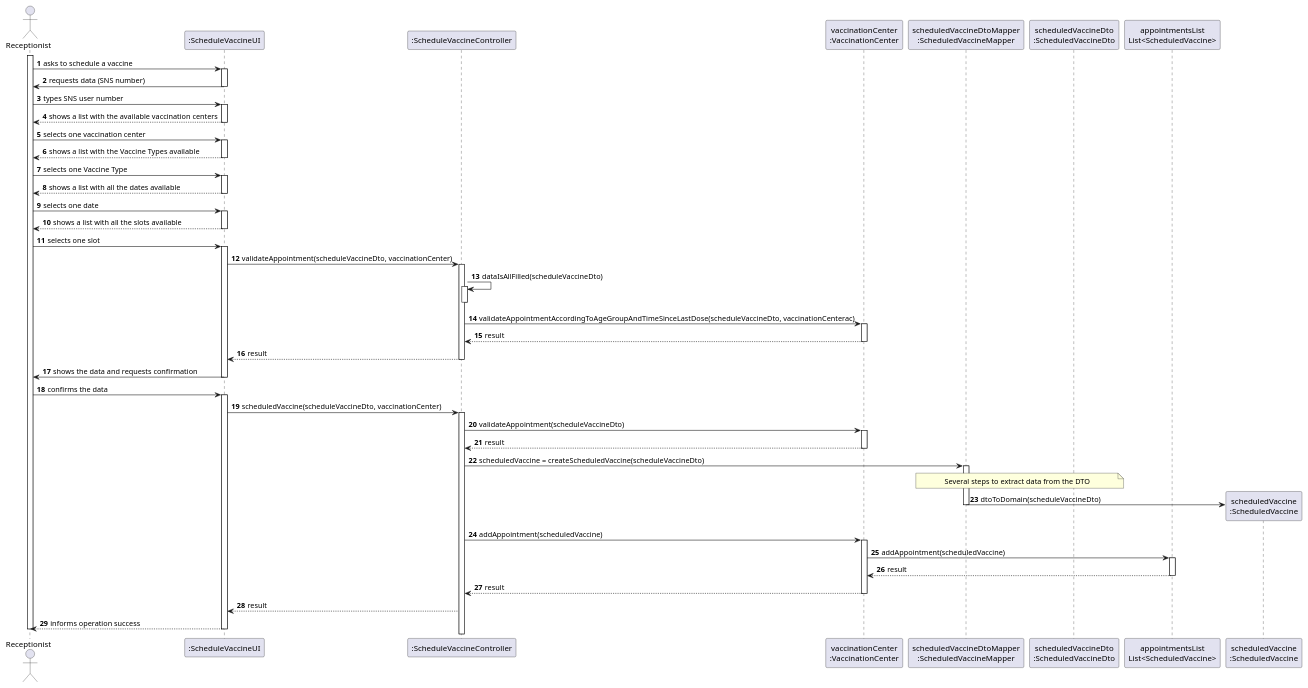
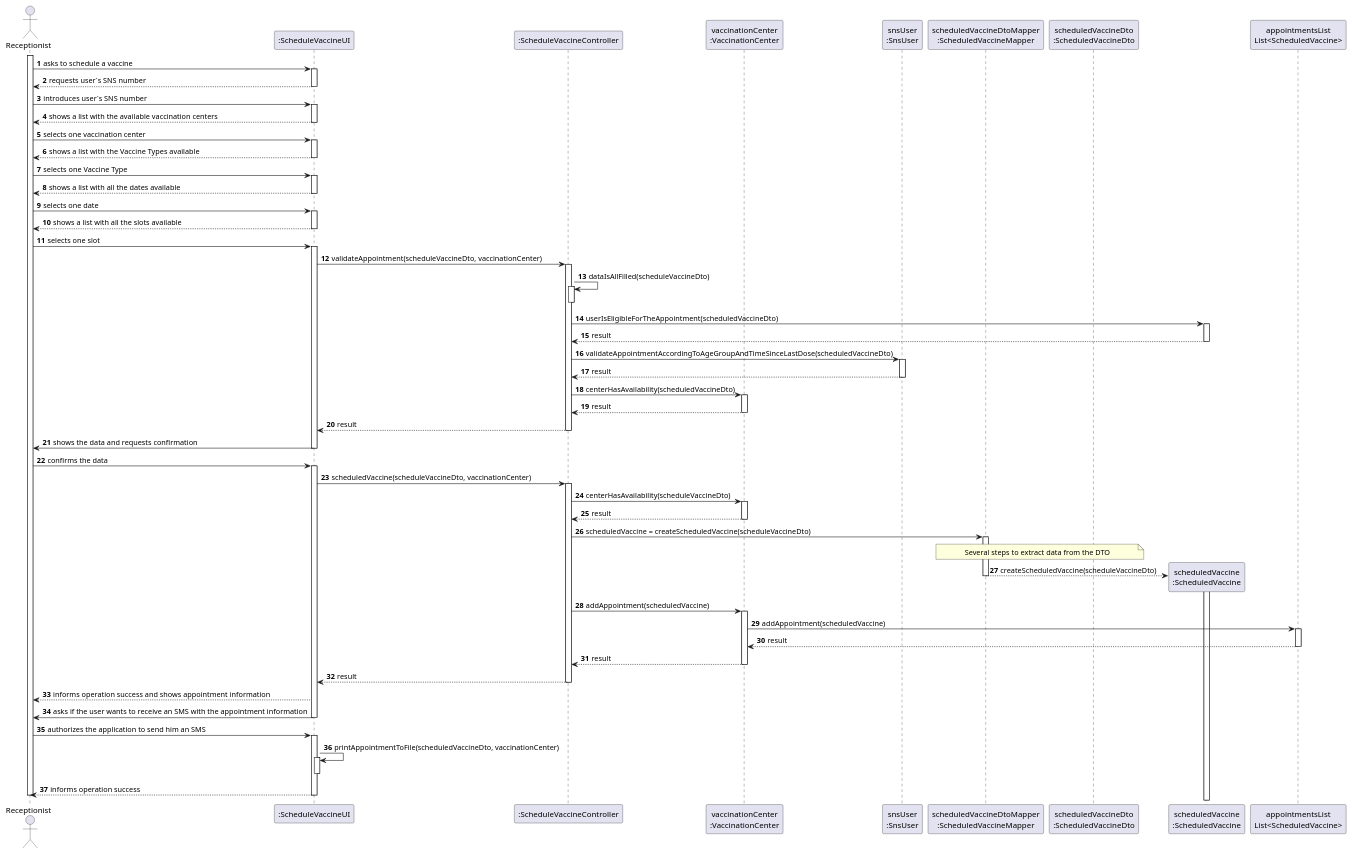
The diagram in docs/SprintC/US002/US002_SD.puml (Pirussa/lei-22-s2-1da-g02), drawn with PlantUML before and after one commit. The commit also changed 6 other files, not shown here.

Commit message:
US001 & US002 - Implementation - Moving method that "printsToFile" from the UI to the Controller, also fixing the condition that gets the user´s phoneNumber. US002 - Design - Rationale update and alterations, together with some adjusts on the Sequence Diagram.

```diff
--- a/docs/SprintC/US002/US002_SD.puml
+++ b/docs/SprintC/US002/US002_SD.puml
@@ -1,118 +1,134 @@
 @startuml
 
 autonumber
 
 actor Receptionist as R
 
 participant ":ScheduleVaccineUI" as UI
 participant ":ScheduleVaccineController" as CTRL
 participant "vaccinationCenter\n:VaccinationCenter" as VC
+participant "snsUser\n:SnsUser" as SU
 participant "scheduledVaccineDtoMapper\n:ScheduledVaccineMapper" as M
 participant "scheduledVaccineDto\n:ScheduledVaccineDto" as DTO
+participant "scheduledVaccine\n:ScheduledVaccine" as SV
 participant "appointmentsList\nList<ScheduledVaccine>" as L
 
-'participant "Utils" as U
 
 activate R
 R -> UI : asks to schedule a vaccine
-
-
 activate UI
-UI-> R : requests data (SNS number)
+UI --> R : requests user´s SNS number
 deactivate UI
-R-> UI : types SNS user number
-
+R -> UI : introduces user´s SNS number
 
 activate UI
 UI --> R : shows a list with the available vaccination centers
 deactivate UI
 R -> UI : selects one vaccination center
 
 
 activate UI
  UI --> R : shows a list with the Vaccine Types available
 deactivate UI
 R -> UI : selects one Vaccine Type
 
 
 activate UI
  UI --> R : shows a list with all the dates available
 deactivate UI
 R -> UI : selects one date
 
 
 activate UI
  UI --> R : shows a list with all the slots available
 deactivate UI
 R -> UI : selects one slot
 
 
 
 activate UI
 UI -> CTRL : validateAppointment(scheduleVaccineDto, vaccinationCenter)
 
 activate CTRL
 CTRL -> CTRL : dataIsAllFilled(scheduleVaccineDto)
 activate CTRL
 deactivate CTRL
-CTRL -> VC : validateAppointmentAccordingToAgeGroupAndTimeSinceLastDose(scheduleVaccineDto, vaccinationCenterac)
+CTRL -> SV : userIsEligibleForTheAppointment(scheduledVaccineDto)
+activate SV
+SV ---> CTRL : result
+deactivate SV
 
+
+
+CTRL -> SU : validateAppointmentAccordingToAgeGroupAndTimeSinceLastDose(scheduledVaccineDto)
+
+activate SU
+SU ---> CTRL : result
+deactivate SU
+
+CTRL -> VC : centerHasAvailability(scheduledVaccineDto)
 activate VC
 VC ---> CTRL : result
 deactivate VC
 
 
 CTRL ---> UI : result
 deactivate CTRL
 
 UI -> R : shows the data and requests confirmation
 deactivate UI
 
 R -> UI : confirms the data
 activate UI
 
 UI -> CTRL : scheduledVaccine(scheduleVaccineDto, vaccinationCenter)
 activate CTRL
 
 
-CTRL -> VC : validateAppointment(scheduleVaccineDto)
+CTRL -> VC : centerHasAvailability(scheduleVaccineDto)
 
 activate VC
 VC ---> CTRL : result
 deactivate VC
 CTRL -> M : scheduledVaccine = createScheduledVaccine(scheduleVaccineDto)
 activate M
 note over M, DTO
 Several steps to extract data from the DTO
 end note
-M -> "scheduledVaccine\n:ScheduledVaccine" ** : dtoToDomain(scheduleVaccineDto)
+M ---> SV ** : createScheduledVaccine(scheduleVaccineDto)
+activate SV
+deactivate SV
 deactivate M
 
 CTRL -> VC : addAppointment(scheduledVaccine)
 activate VC
 
 
 VC -> L : addAppointment(scheduledVaccine)
 activate L
 L --> VC : result
 
 deactivate L
 
 VC --> CTRL : result
 
 deactivate VC
 
 
 
+CTRL ---> UI : result
+deactivate CTRL
+UI --> R : informs operation success and shows appointment information
 
+UI -> R : asks if the user wants to receive an SMS with the appointment information
+deactivate UI
 
-
-
-
-
-
-CTRL ---> UI : result
-UI --> R : informs operation success
+R -> UI : authorizes the application to send him an SMS
+activate UI
+UI -> UI : printAppointmentToFile(scheduledVaccineDto, vaccinationCenter)
+activate UI
+deactivate UI
+UI ---> R : informs operation success
 deactivate UI
 deactivate R
 @enduml
```
